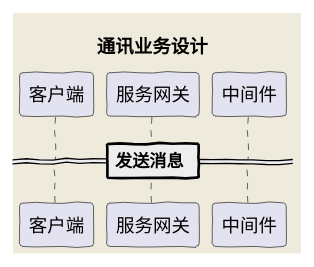
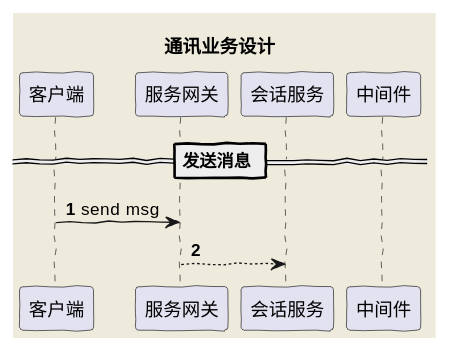
One commit to pengpengno/IFxIM changed the diagram in doc/src/puml/通讯业务设计.puml. Above: the diagram before and after it, drawn with PlantUML. The commit also changed 36 other files, not shown here.

```diff
--- a/doc/src/puml/通讯业务设计.puml
+++ b/doc/src/puml/通讯业务设计.puml
@@ -1,13 +1,16 @@
 @startuml
 'https://plantuml.com/sequence-diagram
 
 title 通讯业务设计
 skinparam backgroundColor #EEEBDC
 skinparam handwritten true
 autonumber
 participant 客户端 as client
 participant 服务网关 as server
+participant 会话服务 as session
 participant 中间件 as redis
 
 == 发送消息 ==
+client -> server : send msg
+server --> session
 @enduml
```
